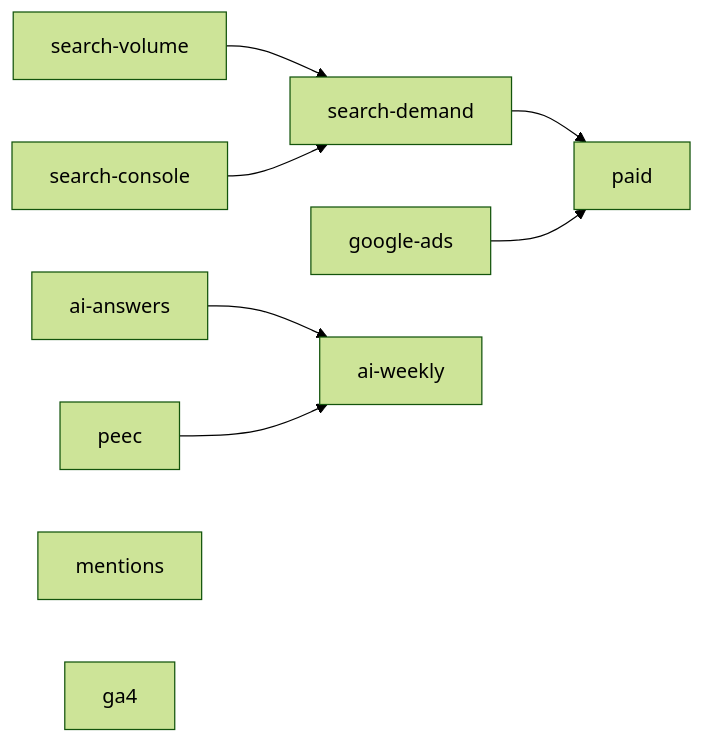
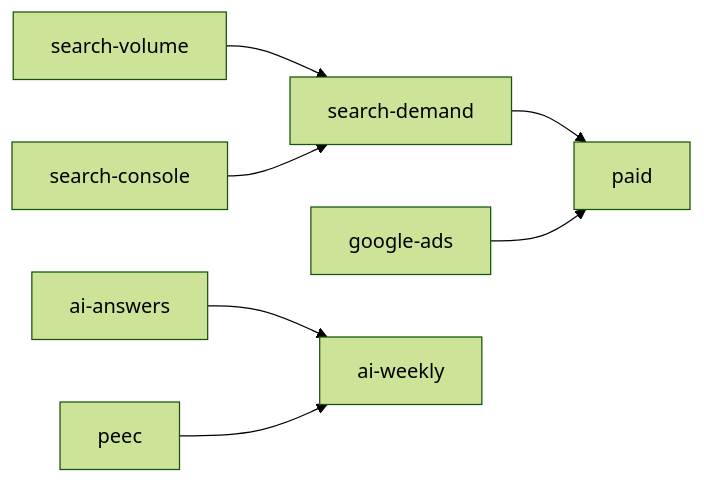
Before and after one commit to locomotive-agency/brand-presence: the first of 2 diagrams in README.md, drawn with Mermaid (forest theme). The commit also changed other lines of this file, not shown here.

Commit message:
docs: tidy README feature row and diagrams

````diff
--- a/README.md
+++ b/README.md
@@ -160,11 +156,9 @@
 ```mermaid
 flowchart LR
     SV[search-volume] --> SD[search-demand]
     GSC[search-console] --> SD
     SD --> PAID[paid]
     ADS[google-ads] --> PAID
     AI[ai-answers] --> W[ai-weekly]
     PEEC[peec] --> W
-    MEN[mentions]
-    GA4[ga4]
 ```
````
